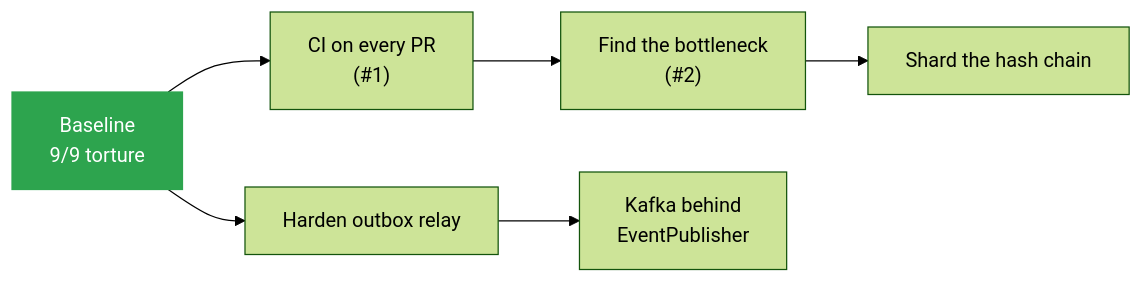
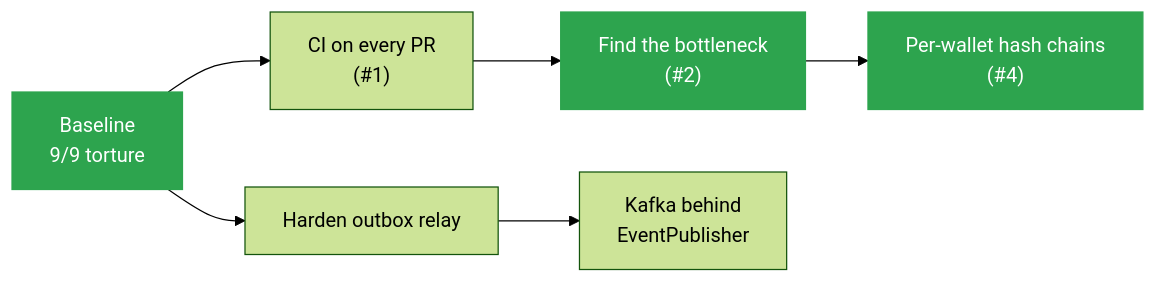
The third of 3 diagrams in README.md (nnviet06/fault-tolerant-payment-service), drawn with Mermaid (forest theme) before and after one commit. The commit also changed other lines of this file and 3 other files, not shown here.

````diff
--- a/README.md
+++ b/README.md
@@ -158,6 +158,6 @@
 ```mermaid
 flowchart LR
-    B["Baseline<br/>9/9 torture"]:::done --> CI["CI on every PR<br/>(#1)"] --> BM["Find the bottleneck<br/>(#2)"] --> SH["Shard the hash chain"]
+    B["Baseline<br/>9/9 torture"]:::done --> CI["CI on every PR<br/>(#1)"] --> BM["Find the bottleneck<br/>(#2)"]:::done --> SH["Per-wallet hash chains<br/>(#4)"]:::done
     B --> RH["Harden outbox relay"] --> K["Kafka behind<br/>EventPublisher"]
     classDef done fill:#2da44e,color:#fff,stroke:#2da44e
 ```
````
